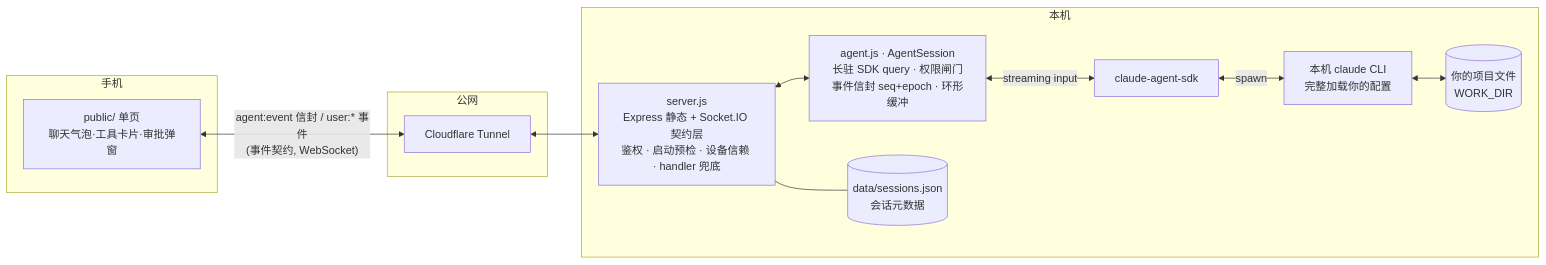
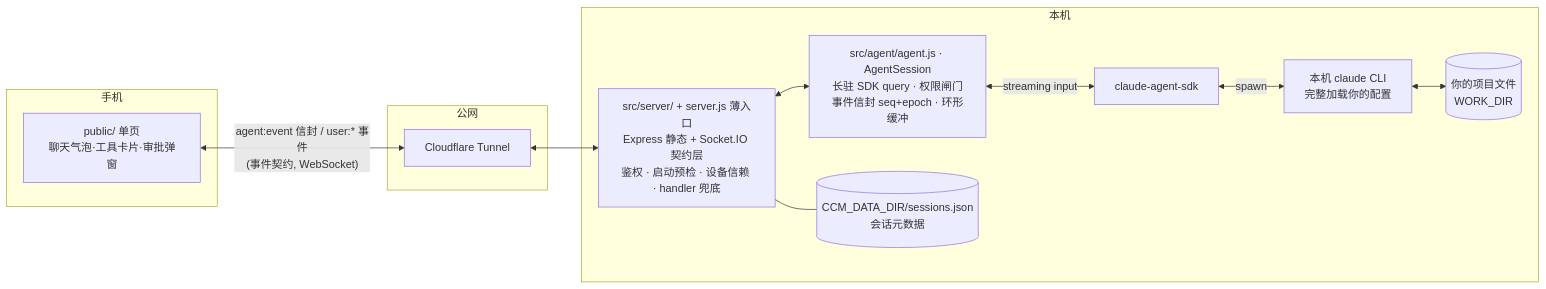
One commit to Ike-li/claude-chat-mobile changed the diagram in README.md. Above: the diagram before and after it, drawn with Mermaid. The commit also changed other lines of this file and 379 other files, not shown here.

````diff
--- a/README.md
+++ b/README.md
@@ -152,21 +152,21 @@
 ```mermaid
 graph LR
     subgraph 手机
         UI[public/ 单页<br/>聊天气泡·工具卡片·审批弹窗]
     end
     subgraph 公网
         CF[Cloudflare Tunnel]
     end
     subgraph 本机
-        S[server.js<br/>Express 静态 + Socket.IO 契约层<br/>鉴权 · 启动预检 · 设备信赖 · handler 兜底]
-        A[agent.js · AgentSession<br/>长驻 SDK query · 权限闸门<br/>事件信封 seq+epoch · 环形缓冲]
-        J[(data/sessions.json<br/>会话元数据)]
+        S[src/server/ + server.js 薄入口<br/>Express 静态 + Socket.IO 契约层<br/>鉴权 · 启动预检 · 设备信赖 · handler 兜底]
+        A[src/agent/agent.js · AgentSession<br/>长驻 SDK query · 权限闸门<br/>事件信封 seq+epoch · 环形缓冲]
+        J[(CCM_DATA_DIR/sessions.json<br/>会话元数据)]
         SDK[claude-agent-sdk]
         CLI[本机 claude CLI<br/>完整加载你的配置]
         FS[(你的项目文件<br/>WORK_DIR)]
     end
     UI <-->|"agent:event 信封 / user:* 事件<br/>(事件契约, WebSocket)"| CF <--> S
     S <--> A
     A <-->|streaming input| SDK <-->|spawn| CLI <--> FS
     S --- J
 ```
````
